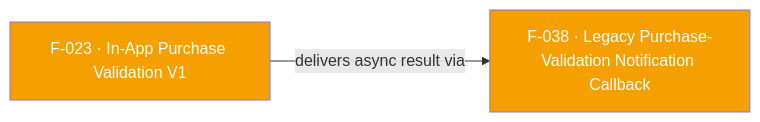
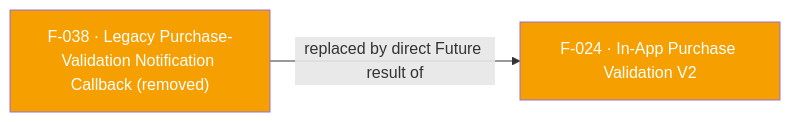
Before and after one commit to AppsFlyerSDK/appsflyer-flutter-plugin: the diagram in internal-docs/features/F-038-legacy-purchase-validation-notification-callback.md, drawn with Mermaid. The commit also changed other lines of this file and 112 other files, not shown here.

First line of the commit message:
[DELIVERY-125863] Migrate Flutter plugin to AppsFlyer SDK 7 RPC architecture.

````diff
--- a/internal-docs/features/F-038-legacy-purchase-validation-notification-callback.md
+++ b/internal-docs/features/F-038-legacy-purchase-validation-notification-callback.md
@@ -90,7 +24,7 @@
 ```mermaid
 flowchart LR
-    F038["F-038 · Legacy Purchase-Validation Notification Callback"]:::purchaseValidation
-    F023["F-023 · In-App Purchase Validation V1"]:::purchaseValidation
-    F023 -->|"delivers async result via"| F038
+    F038["F-038 · Legacy Purchase-Validation Notification Callback (removed)"]:::purchaseValidation
+    F024["F-024 · In-App Purchase Validation V2"]:::purchaseValidation
+    F038 -->|"replaced by direct Future result of"| F024
     classDef purchaseValidation fill:#F59F00,color:#fff
 ```
````
